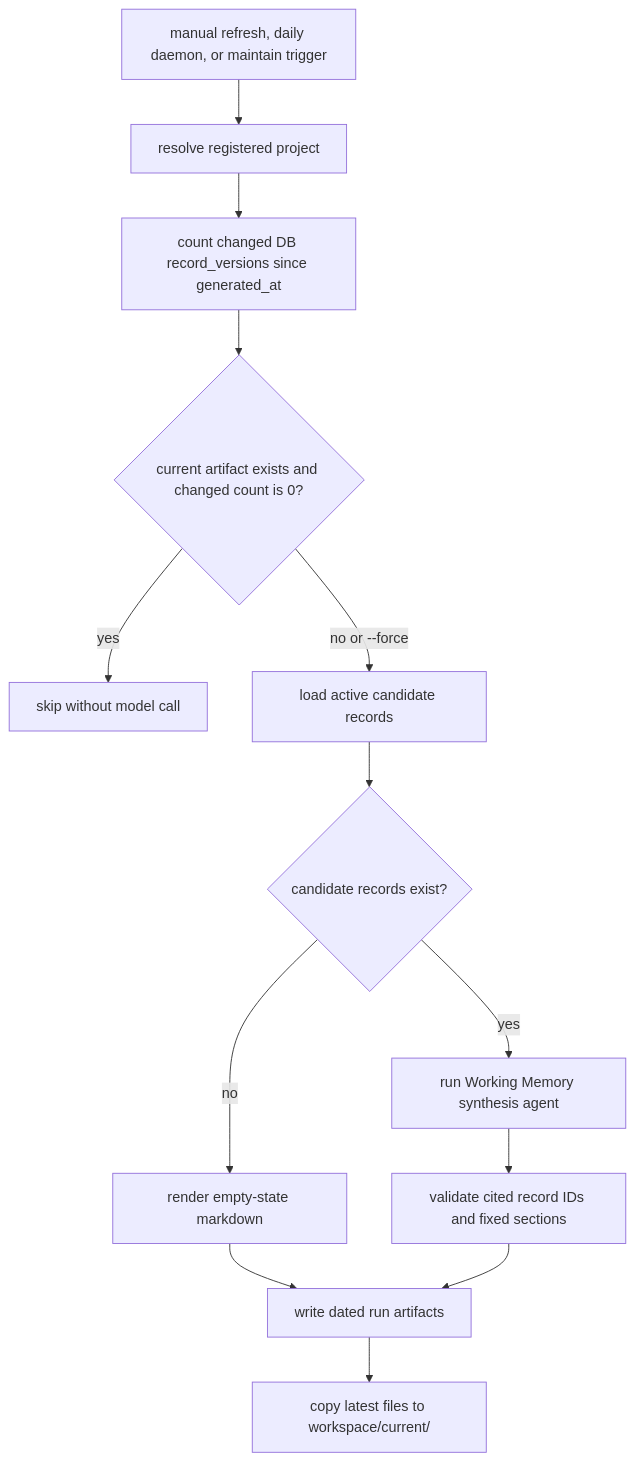
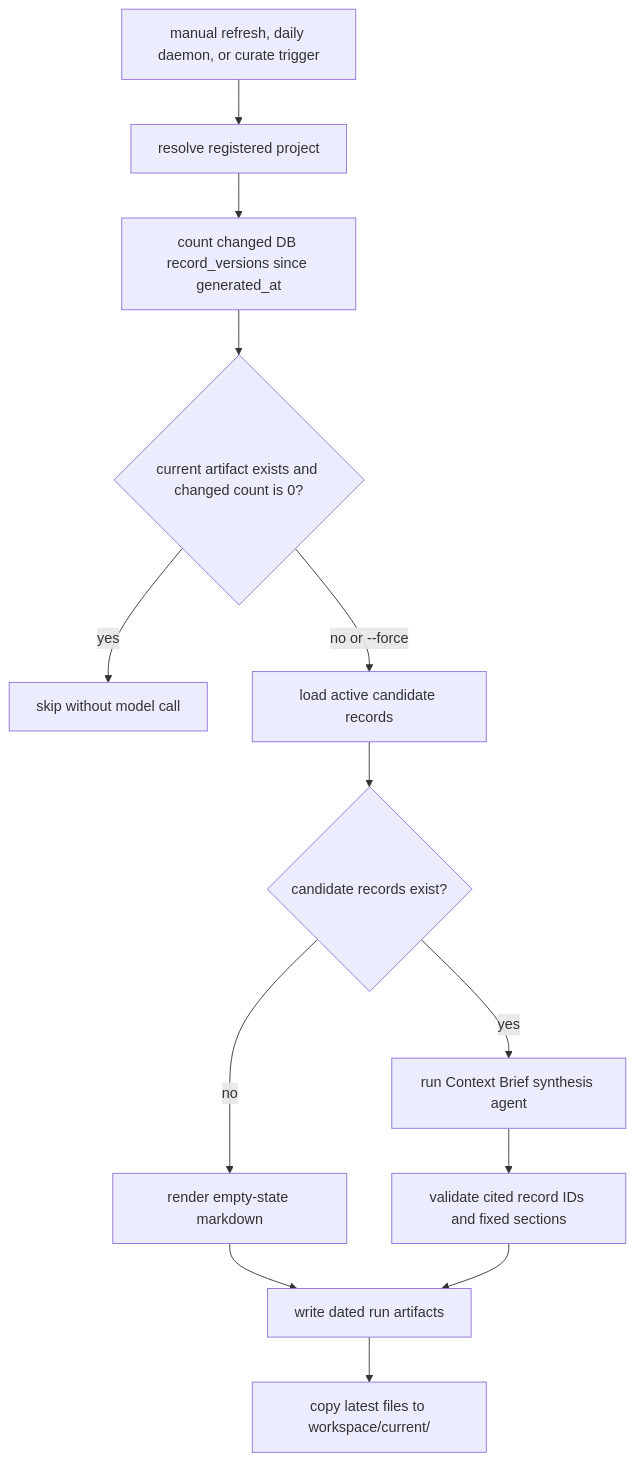
The diagram in src/lerim/skills/cli-reference.md (nablo-io/lerim), drawn with Mermaid before and after one commit. The commit also changed other lines of this file and 335 other files, not shown here.

````diff
--- a/src/lerim/skills/cli-reference.md
+++ b/src/lerim/skills/cli-reference.md
@@ -276,15 +316,15 @@
 ```mermaid
 flowchart TD
-    A["manual refresh, daily daemon, or maintain trigger"] --> B["resolve registered project"]
+    A["manual refresh, daily daemon, or curate trigger"] --> B["resolve registered project"]
     B --> C["count changed DB record_versions since generated_at"]
     C --> D{"current artifact exists and changed count is 0?"}
     D -- "yes" --> E["skip without model call"]
     D -- "no or --force" --> F["load active candidate records"]
     F --> G{"candidate records exist?"}
     G -- "no" --> H["render empty-state markdown"]
-    G -- "yes" --> I["run Working Memory synthesis agent"]
+    G -- "yes" --> I["run Context Brief synthesis agent"]
     I --> J["validate cited record IDs and fixed sections"]
     H --> K["write dated run artifacts"]
     J --> K
     K --> L["copy latest files to workspace/current/<project_id>"]
 ```
````
